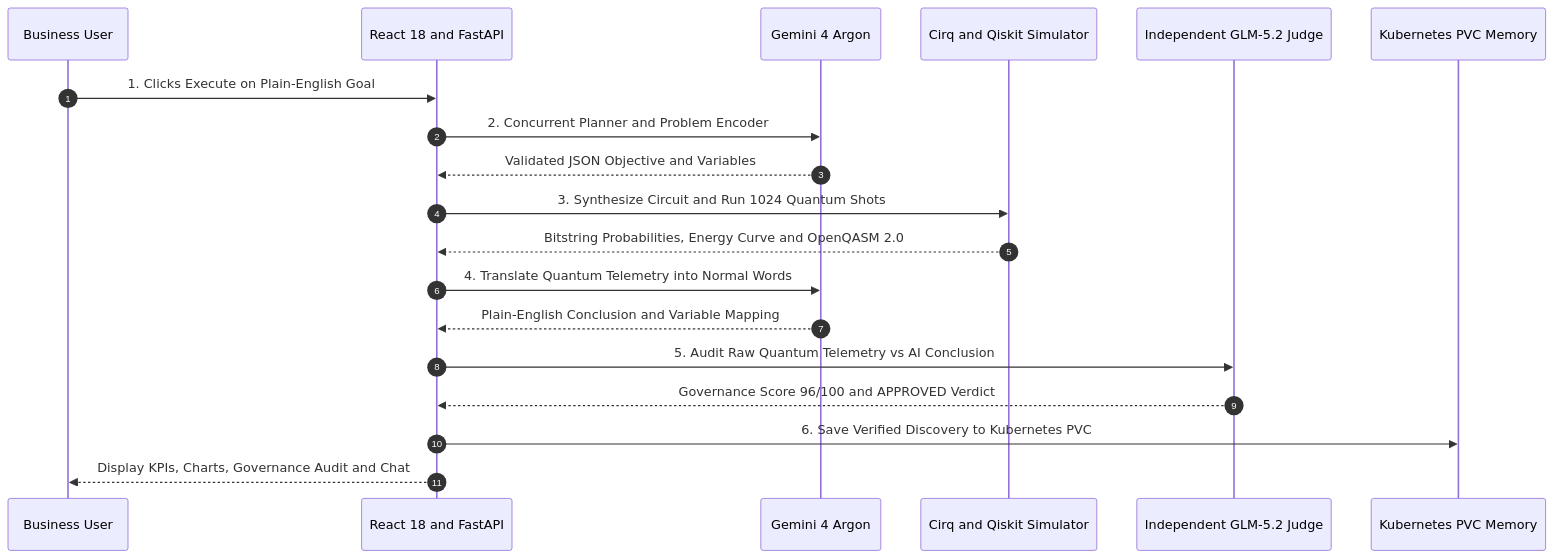
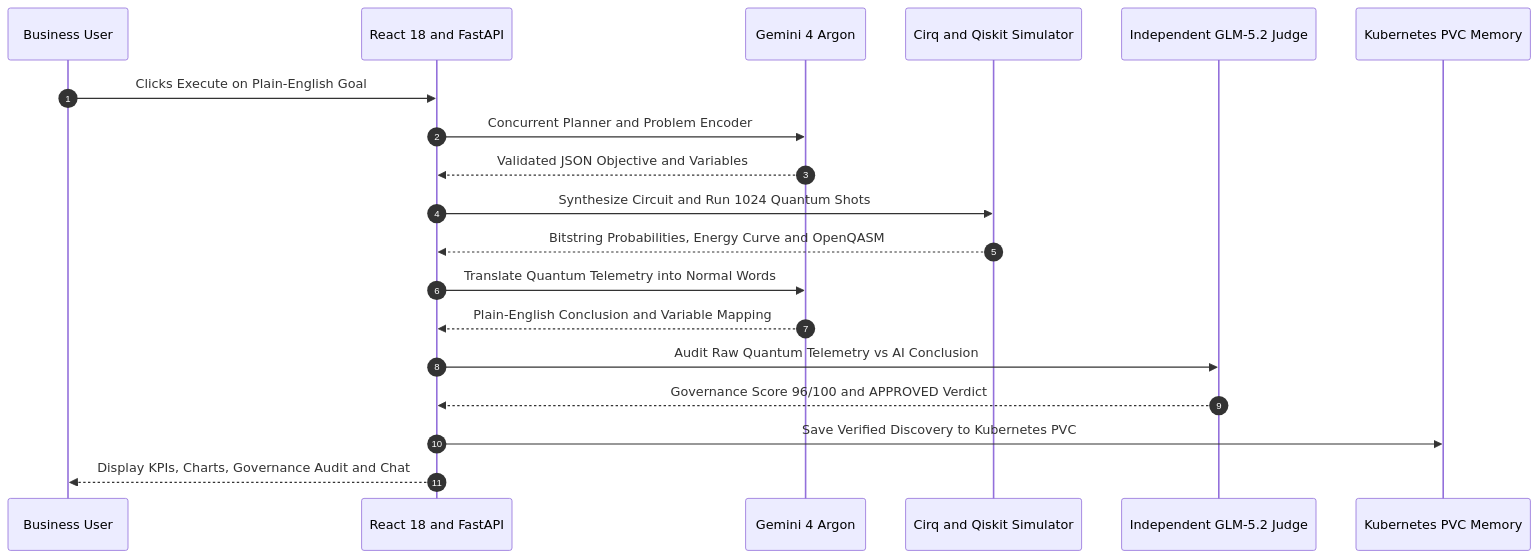
Before and after one commit to AI-Governance-Lab/governed-quantum-agents: the third of 3 diagrams in README.md, drawn with Mermaid. The commit also changed other lines of this file, not shown here.

Commit message:
fix(readme): remove HTML br and ampersands in Mermaid for Chrome GitHub viewscreen

````diff
--- a/README.md
+++ b/README.md
@@ -202,22 +179,22 @@
 ```mermaid
 sequenceDiagram
     autonumber
     participant User as Business User
     participant UI as React 18 and FastAPI
     participant GenLLM as Gemini 4 Argon
     participant QPU as Cirq and Qiskit Simulator
     participant JudgeLLM as Independent GLM-5.2 Judge
     participant Mem as Kubernetes PVC Memory
 
-    User->>UI: 1. Clicks Execute on Plain-English Goal
-    UI->>GenLLM: 2. Concurrent Planner and Problem Encoder
+    User->>UI: Clicks Execute on Plain-English Goal
+    UI->>GenLLM: Concurrent Planner and Problem Encoder
     GenLLM-->>UI: Validated JSON Objective and Variables
-    UI->>QPU: 3. Synthesize Circuit and Run 1024 Quantum Shots
-    QPU-->>UI: Bitstring Probabilities, Energy Curve and OpenQASM 2.0
-    UI->>GenLLM: 4. Translate Quantum Telemetry into Normal Words
+    UI->>QPU: Synthesize Circuit and Run 1024 Quantum Shots
+    QPU-->>UI: Bitstring Probabilities, Energy Curve and OpenQASM
+    UI->>GenLLM: Translate Quantum Telemetry into Normal Words
     GenLLM-->>UI: Plain-English Conclusion and Variable Mapping
-    UI->>JudgeLLM: 5. Audit Raw Quantum Telemetry vs AI Conclusion
+    UI->>JudgeLLM: Audit Raw Quantum Telemetry vs AI Conclusion
     JudgeLLM-->>UI: Governance Score 96/100 and APPROVED Verdict
-    UI->>Mem: 6. Save Verified Discovery to Kubernetes PVC
+    UI->>Mem: Save Verified Discovery to Kubernetes PVC
     UI-->>User: Display KPIs, Charts, Governance Audit and Chat
 ```
````
